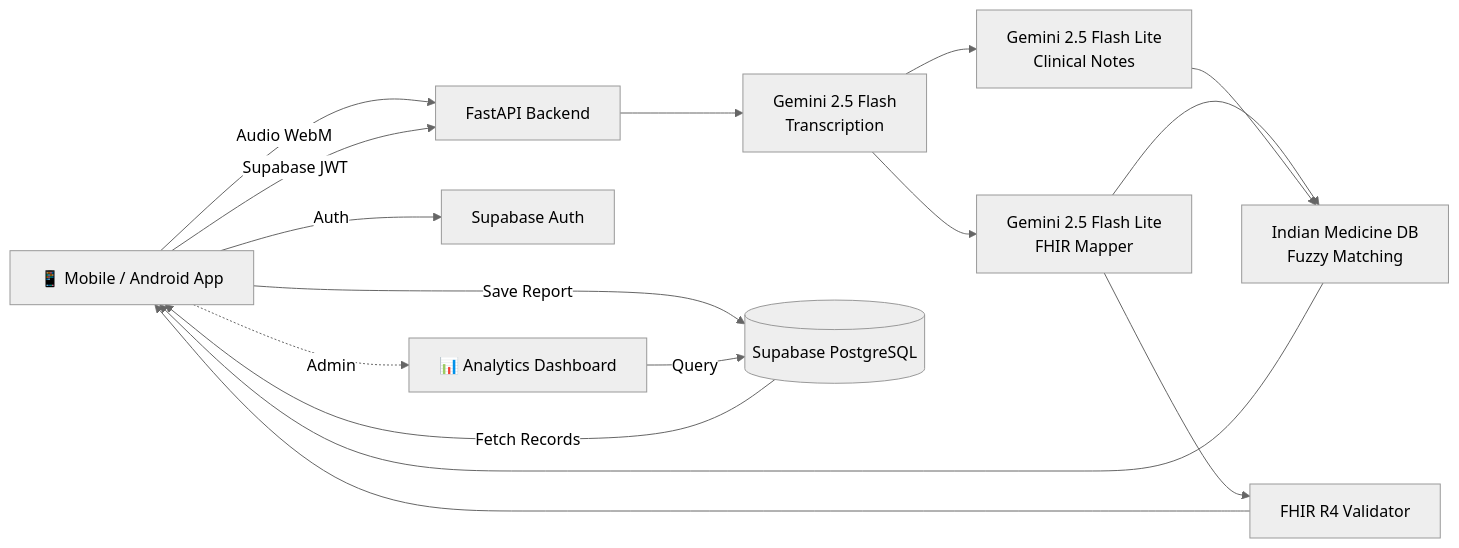
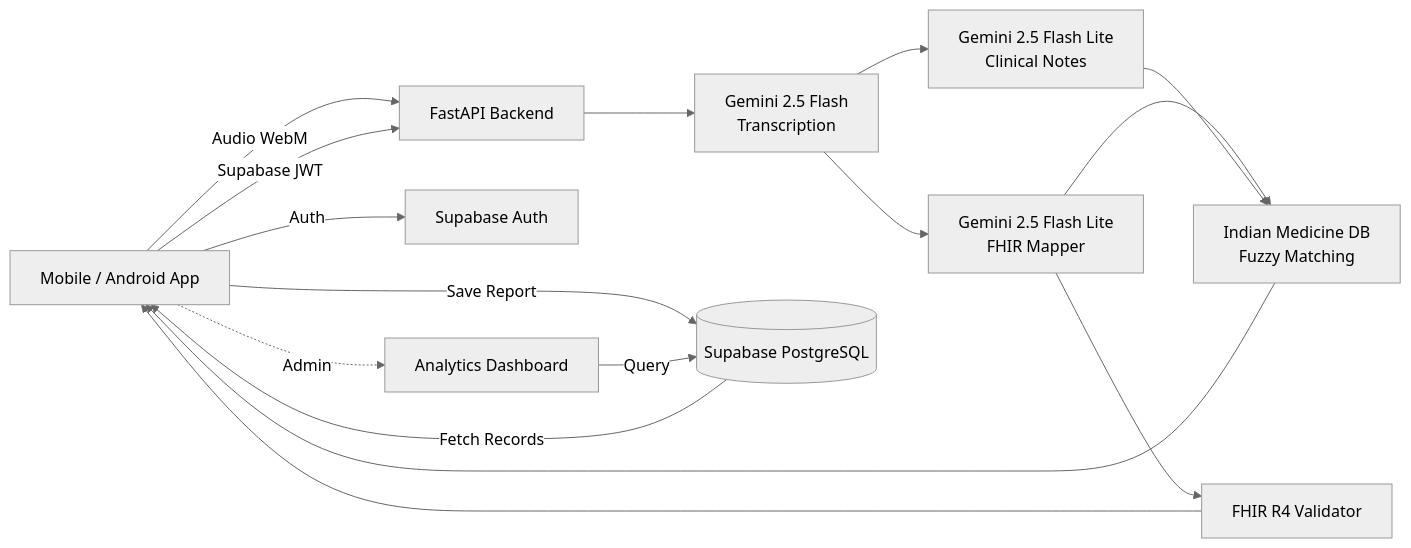
One commit to Parth7234/fhir-scribe-app changed the diagram in README.md. Above: the diagram before and after it, drawn with Mermaid (neutral theme). The commit also changed other lines of this file, not shown here.

````diff
--- a/README.md
+++ b/README.md
@@ -121,18 +91,18 @@
 ```mermaid
 graph LR
-    A[📱 Mobile / Android App] -->|Audio WebM| C[FastAPI Backend]
+    A[ Mobile / Android App] -->|Audio WebM| C[FastAPI Backend]
     A -->|Supabase JWT| C
     C --> D[Gemini 2.5 Flash<br>Transcription]
     D --> E[Gemini 2.5 Flash Lite<br>FHIR Mapper]
     D --> F[Gemini 2.5 Flash Lite<br>Clinical Notes]
     E --> M[Indian Medicine DB<br>Fuzzy Matching]
     F --> M
     M --> A
     E --> G[FHIR R4 Validator]
     G --> A
     A -->|Save Report| H[(Supabase PostgreSQL)]
     H -->|Fetch Records| A
     A -->|Auth| I[Supabase Auth]
-    A -.->|Admin| J[📊 Analytics Dashboard]
+    A -.->|Admin| J[ Analytics Dashboard]
     J -->|Query| H
 ```
````
